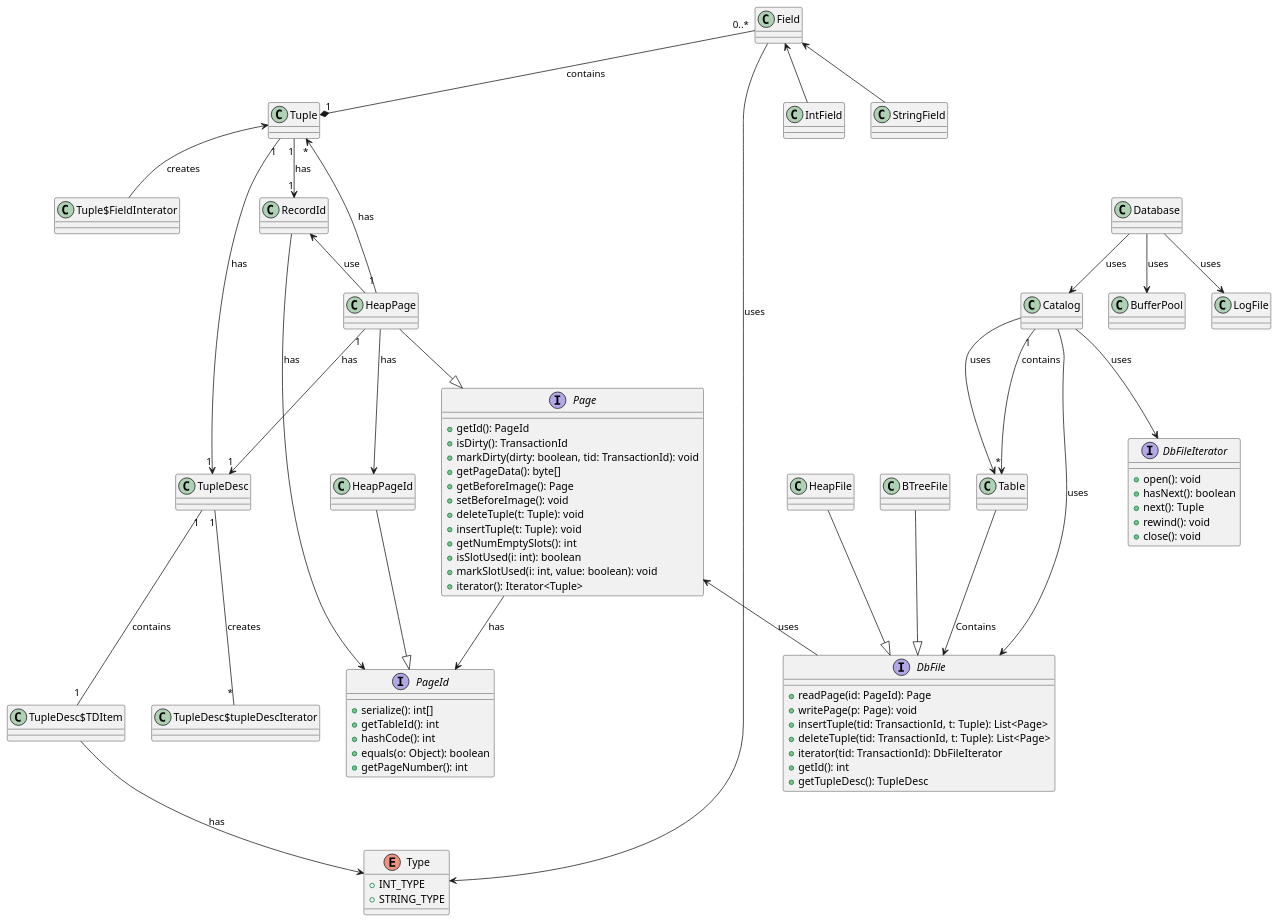
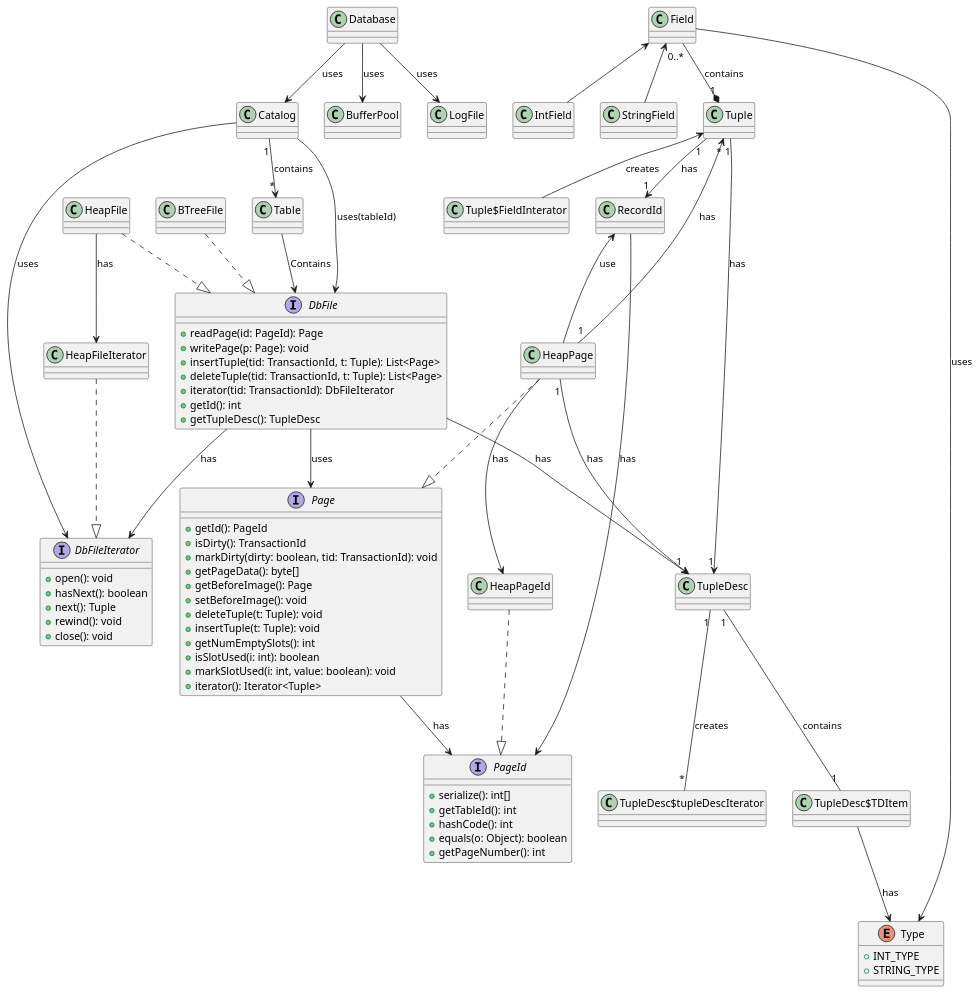
The diagram in puml/lab1/demo.puml (kechenkristin/myDB), drawn with PlantUML before and after one commit. The commit also changed 4 other files, not shown here.

```diff
--- a/puml/lab1/demo.puml
+++ b/puml/lab1/demo.puml
@@ -1,121 +1,124 @@
 @startuml
 interface Page {
     +getId(): PageId
     +isDirty(): TransactionId
     +markDirty(dirty: boolean, tid: TransactionId): void
     +getPageData(): byte[]
     +getBeforeImage(): Page
     +setBeforeImage(): void
     +deleteTuple(t: Tuple): void
     +insertTuple(t: Tuple): void
     +getNumEmptySlots(): int
     +isSlotUsed(i: int): boolean
     +markSlotUsed(i: int, value: boolean): void
     +iterator(): Iterator<Tuple>
 }
 
 interface PageId {
     +serialize(): int[]
     +getTableId(): int
     +hashCode(): int
     +equals(o: Object): boolean
     +getPageNumber(): int
 }
 
 class HeapPage {
 }
 
 class HeapPageId {
 }
 
 class TupleDesc {
 }
 
 class Tuple {
 }
 
 class RecordId {
 }
 
 class Database {
 }
 
 interface DbFile {
     +readPage(id: PageId): Page
     +writePage(p: Page): void
     +insertTuple(tid: TransactionId, t: Tuple): List<Page>
     +deleteTuple(tid: TransactionId, t: Tuple): List<Page>
     +iterator(tid: TransactionId): DbFileIterator
     +getId(): int
     +getTupleDesc(): TupleDesc
 }
 
 interface DbFileIterator {
     +open(): void
     +hasNext(): boolean
     +next(): Tuple
     +rewind(): void
     +close(): void
 }
 
 class HeapFile {
 }
 
 class BTreeFile {
 }
 
 class Catalog {
 }
 
 class Table {
 }
 
 
 enum Type {
   +INT_TYPE
   +STRING_TYPE
 }
 
+HeapFile ..|> DbFile
+BTreeFile ..|> DbFile
+Table --> DbFile : Contains
 
-Catalog --> Table : uses
+DbFile --> Page: uses
+DbFile --> TupleDesc: has
+DbFile --> DbFileIterator: has
+
+Database --> Catalog : uses
+Database --> BufferPool : uses
+Database --> LogFile : uses
+
 Catalog "1" --> "*" Table : contains
-Catalog --> DbFile : uses
+Catalog --> DbFile : uses(tableId)
 Catalog --> DbFileIterator : uses
 
 Tuple "1" --> "1" TupleDesc : has
 Tuple "1" *-up- "0..*" Field : contains
 Tuple <-down- Tuple$FieldInterator : creates
 Tuple "1" --> "1" RecordId : has
 
 TupleDesc "1" -- "1" TupleDesc$TDItem : contains
 TupleDesc "1" -- "*" TupleDesc$tupleDescIterator : creates
 
 RecordId --> PageId: has
 RecordId <-- HeapPage : use
 
 
 TupleDesc$TDItem --> Type: has
 
 Field --> Type : uses
 Field <-- IntField
 Field <-- StringField
 
 
 HeapPage "1" --> "1" TupleDesc : has
 HeapPage "1" --> "*" Tuple : has
 HeapPage --> HeapPageId : has
-HeapPageId --|> PageId
-HeapPage --|> Page
+HeapPageId ..|> PageId
+HeapPage ..|> Page
 
-HeapFile --|> DbFile
-BTreeFile --|> DbFile
-Table --> DbFile : Contains
-
-Page <-- DbFile : uses
 Page --> PageId: has
 
-Database --> Catalog : uses
-Database --> BufferPool : uses
-Database --> LogFile : uses
-
+HeapFile --> HeapFileIterator: has
+HeapFileIterator ..|> DbFileIterator
 @enduml
```
